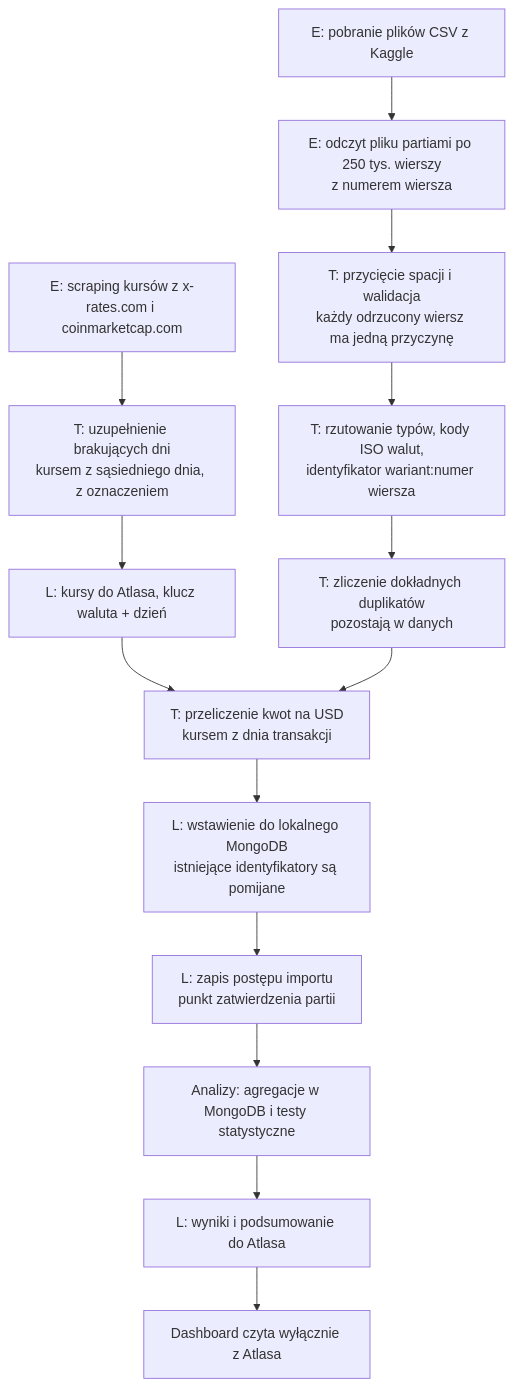
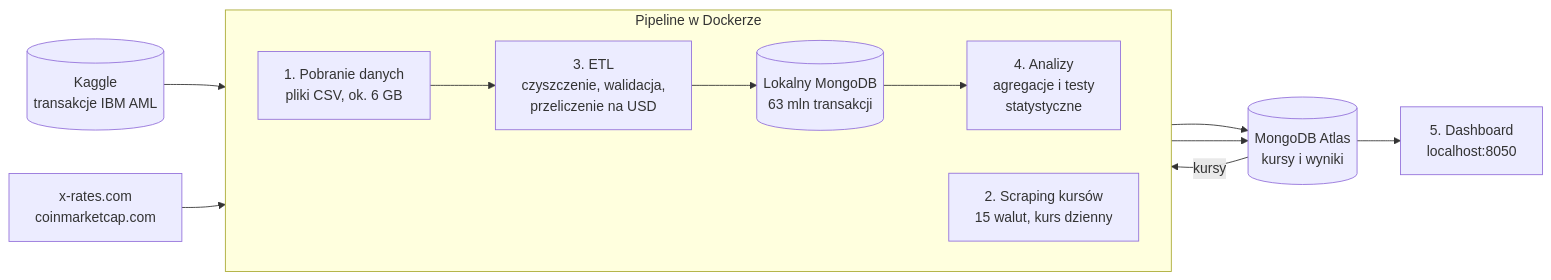
Before and after one commit to Przemek1337/big-data-etl: the diagram in README.md, drawn with Mermaid. The commit also changed other lines of this file and 2 other files, not shown here.

Commit message:
docs: product-style README with a single overview diagram

````diff
--- a/README.md
+++ b/README.md
@@ -153,16 +23,23 @@
 ```mermaid
-flowchart TD
-    e1["E: pobranie plików CSV z Kaggle"] --> e2["E: odczyt pliku partiami po 250 tys. wierszy<br/>z numerem wiersza"]
-    e3["E: scraping kursów z x-rates.com i coinmarketcap.com"] --> t0["T: uzupełnienie brakujących dni<br/>kursem z sąsiedniego dnia, z oznaczeniem"]
-    t0 --> l0["L: kursy do Atlasa, klucz waluta + dzień"]
-    e2 --> t1["T: przycięcie spacji i walidacja<br/>każdy odrzucony wiersz ma jedną przyczynę"]
-    t1 --> t2["T: rzutowanie typów, kody ISO walut,<br/>identyfikator wariant:numer wiersza"]
-    t2 --> t3["T: zliczenie dokładnych duplikatów<br/>pozostają w danych"]
-    l0 --> t4
-    t3 --> t4["T: przeliczenie kwot na USD<br/>kursem z dnia transakcji"]
-    t4 --> l1["L: wstawienie do lokalnego MongoDB<br/>istniejące identyfikatory są pomijane"]
-    l1 --> l2["L: zapis postępu importu<br/>punkt zatwierdzenia partii"]
-    l2 --> a1["Analizy: agregacje w MongoDB i testy statystyczne"]
-    a1 --> l3["L: wyniki i podsumowanie do Atlasa"]
-    l3 --> d1["Dashboard czyta wyłącznie z Atlasa"]
+flowchart LR
+    kaggle[("Kaggle<br/>transakcje IBM AML")]
+    web["x-rates.com<br/>coinmarketcap.com"]
+
+    subgraph pipeline["Pipeline w Dockerze"]
+        direction LR
+        extract["1. Pobranie danych<br/>pliki CSV, ok. 6 GB"]
+        scrape["2. Scraping kursów<br/>15 walut, kurs dzienny"]
+        etl["3. ETL<br/>czyszczenie, walidacja,<br/>przeliczenie na USD"]
+        analytics["4. Analizy<br/>agregacje i testy<br/>statystyczne"]
+        local[("Lokalny MongoDB<br/>63 mln transakcji")]
+    end
+
+    atlas[("MongoDB Atlas<br/>kursy i wyniki")]
+    dashboard["5. Dashboard<br/>localhost:8050"]
+
+    kaggle --> extract --> etl
+    web --> scrape --> atlas
+    atlas -- "kursy" --> etl
+    etl --> local --> analytics --> atlas
+    atlas --> dashboard
 ```
````
